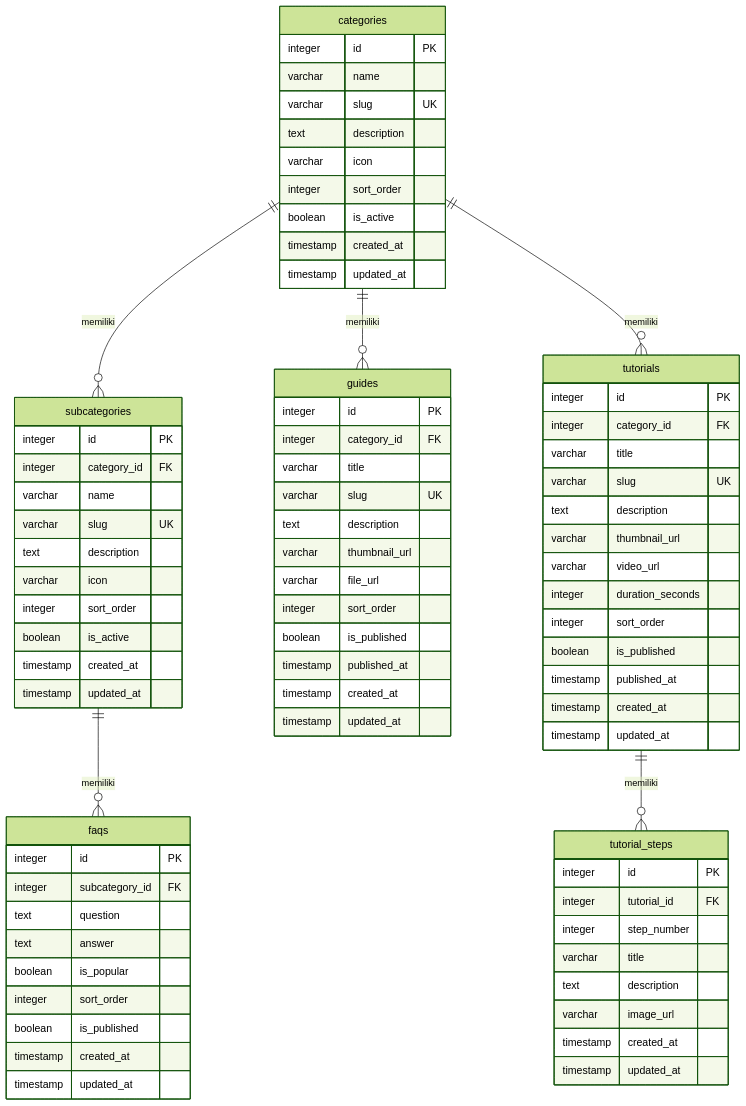
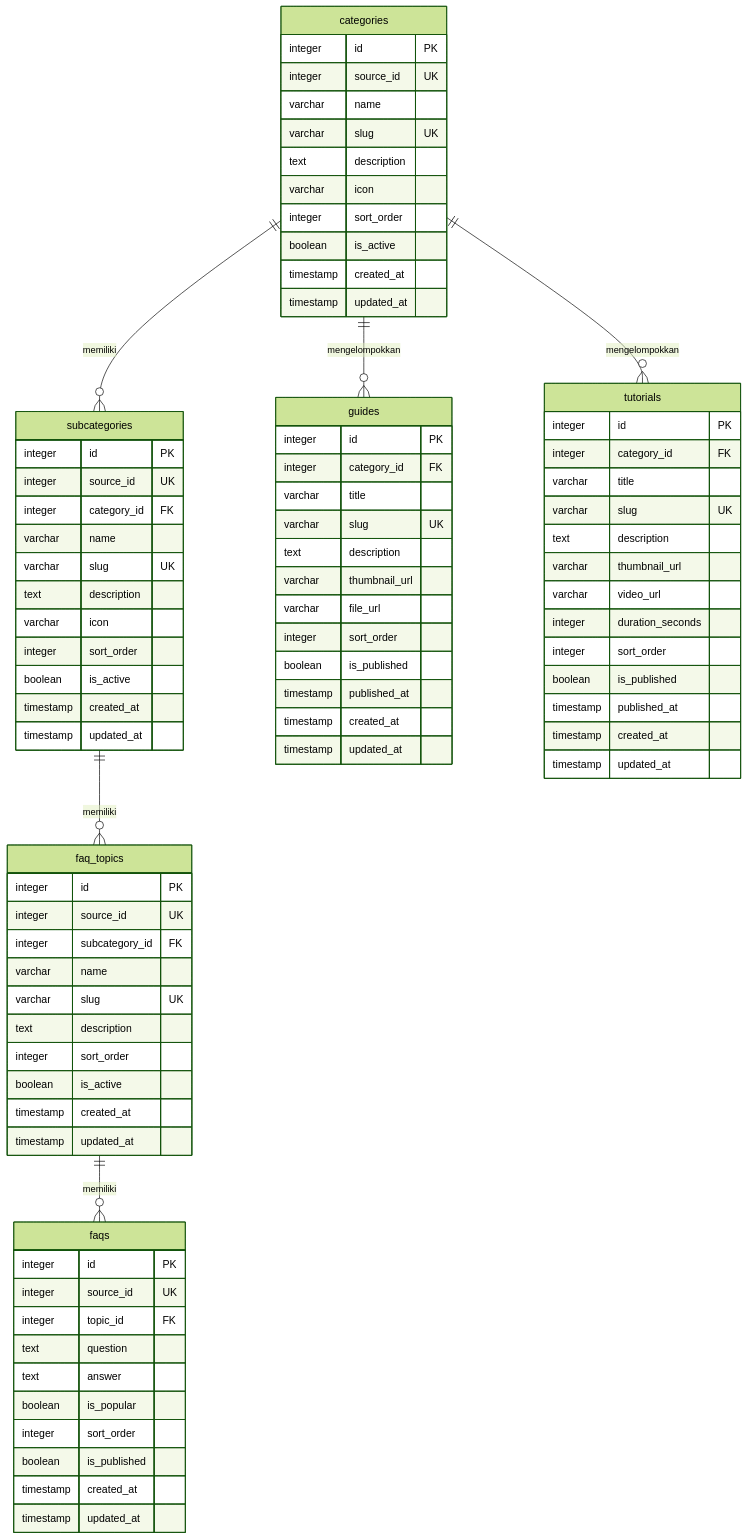
The diagram in docs/database.md (CamizZz0/help-center-insw), drawn with Mermaid (forest theme) before and after one commit. The commit also changed other lines of this file and 1 other file, not shown here.

Commit message:
"docs: update docs API and Schema Database to the newest"

````diff
--- a/docs/database.md
+++ b/docs/database.md
@@ -31,13 +40,14 @@
 ```mermaid
 erDiagram
     categories ||--o{ subcategories : memiliki
-    subcategories ||--o{ faqs : memiliki
-    categories ||--o{ guides : memiliki
-    categories ||--o{ tutorials : memiliki
-    tutorials ||--o{ tutorial_steps : memiliki
+    subcategories ||--o{ faq_topics : memiliki
+    faq_topics ||--o{ faqs : memiliki
+    categories ||--o{ guides : mengelompokkan
+    categories ||--o{ tutorials : mengelompokkan
 
     categories {
         integer id PK
+        integer source_id UK
         varchar name
         varchar slug UK
         text description
@@ -50,6 +60,7 @@
 
     subcategories {
         integer id PK
+        integer source_id UK
         integer category_id FK
         varchar name
         varchar slug UK
@@ -61,9 +72,23 @@
         timestamp updated_at
     }
 
+    faq_topics {
+        integer id PK
+        integer source_id UK
+        integer subcategory_id FK
+        varchar name
+        varchar slug UK
+        text description
+        integer sort_order
+        boolean is_active
+        timestamp created_at
+        timestamp updated_at
+    }
+
     faqs {
         integer id PK
-        integer subcategory_id FK
+        integer source_id UK
+        integer topic_id FK
         text question
         text answer
         boolean is_popular
@@ -103,15 +128,4 @@
         timestamp created_at
         timestamp updated_at
     }
-
-    tutorial_steps {
-        integer id PK
-        integer tutorial_id FK
-        integer step_number
-        varchar title
-        text description
-        varchar image_url
-        timestamp created_at
-        timestamp updated_at
-    }
 ```
````
